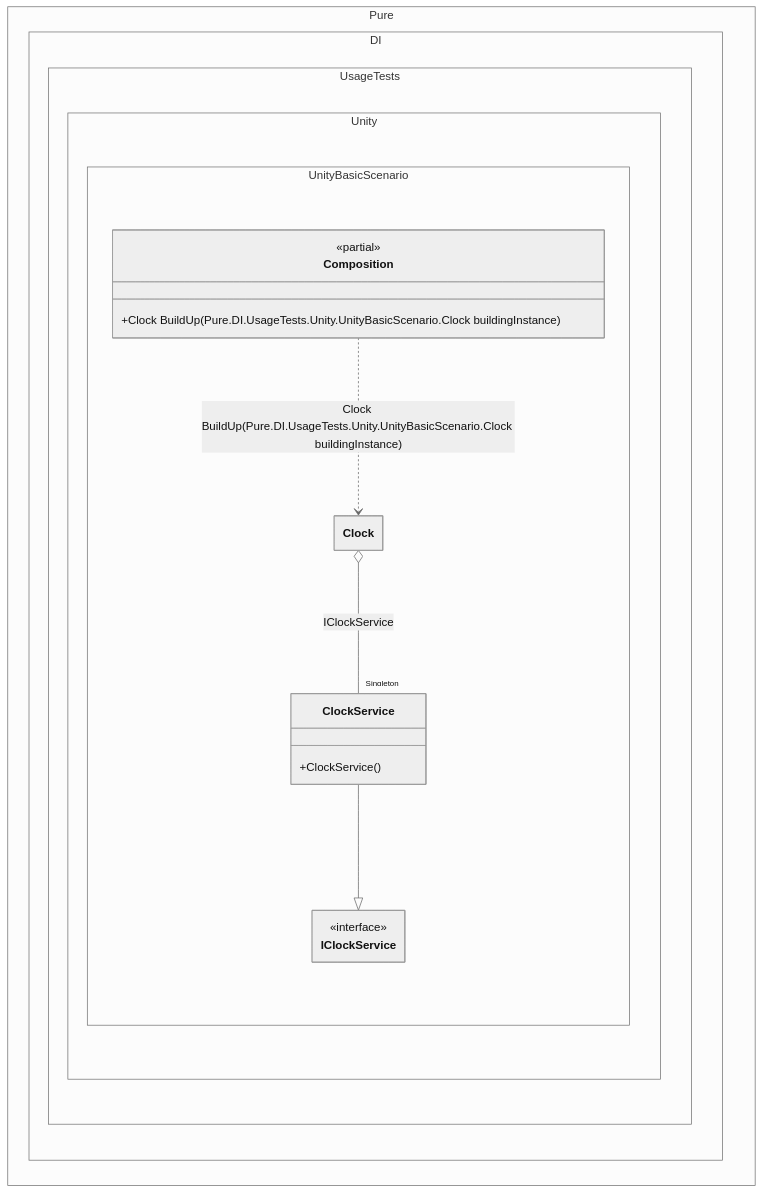
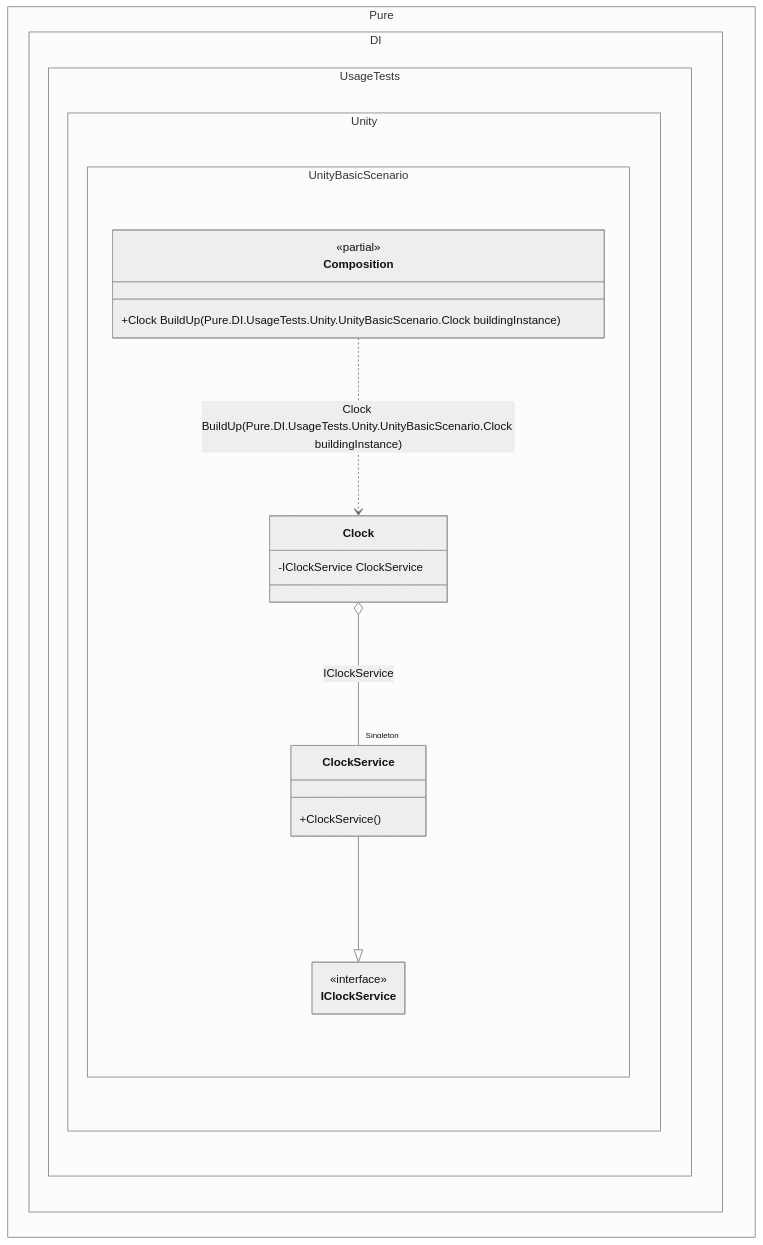
The diagram in readme/basic-unity-use-case.md (DevTeam/Pure.DI), drawn with Mermaid (neutral theme) before and after one commit. The commit also changed 113 other files, not shown here.

````diff
--- a/readme/basic-unity-use-case.md
+++ b/readme/basic-unity-use-case.md
@@ -141,25 +141,26 @@
 ```mermaid
 ---
  config:
   class:
    hideEmptyMembersBox: true
 ---
 classDiagram
 	ClockService --|> IClockService
 	Composition ..> Clock : Clock BuildUp(Pure.DI.UsageTests.Unity.UnityBasicScenario.Clock buildingInstance)
 	Clock o-- "Singleton" ClockService : IClockService
 	namespace Pure.DI.UsageTests.Unity.UnityBasicScenario {
 		class Clock {
+			-IClockService ClockService
 		}
 		class ClockService {
 			+ClockService()
 		}
 		class Composition {
 		<<partial>>
 		+Clock BuildUp(Pure.DI.UsageTests.Unity.UnityBasicScenario.Clock buildingInstance)
 		}
 		class IClockService {
 			<<interface>>
 		}
 	}
 ```
````
